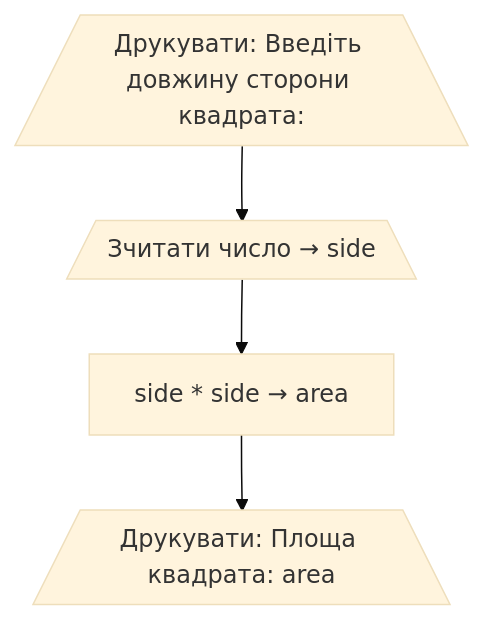
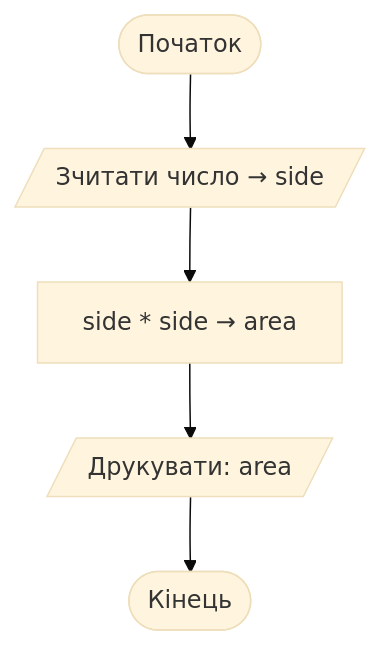
Before and after one commit to EugeneLoy/python-handbook: the second of 2 diagrams in Блок-схеми - послідовне виконання, введення та виведення.md, drawn with Mermaid (base theme). The commit also changed other lines of this file, not shown here.

Commit message:
Fixed flowcharts

````diff
--- a/Блок-схеми - послідовне виконання, введення та виведення.md
+++ b/Блок-схеми - послідовне виконання, введення та виведення.md
@@ -59,11 +59,13 @@
 ```mermaid
 flowchart TD
-    Output1[/"Друкувати: Введіть довжину сторони квадрата:"\]
-    Input[/"Зчитати число → side"\]
+    Start([Початок])
+    Input[/"Зчитати число → side"/]
     Process["side * side → area"]
-    Output2[/"Друкувати: Площа квадрата: area"\]
+    Output[/"Друкувати: area"/]
+    End([Кінець])
     
-    Output1 --> Input
+    Start --> Input
     Input --> Process
-    Process --> Output2
+    Process --> Output
+    Output --> End
 ```
````
